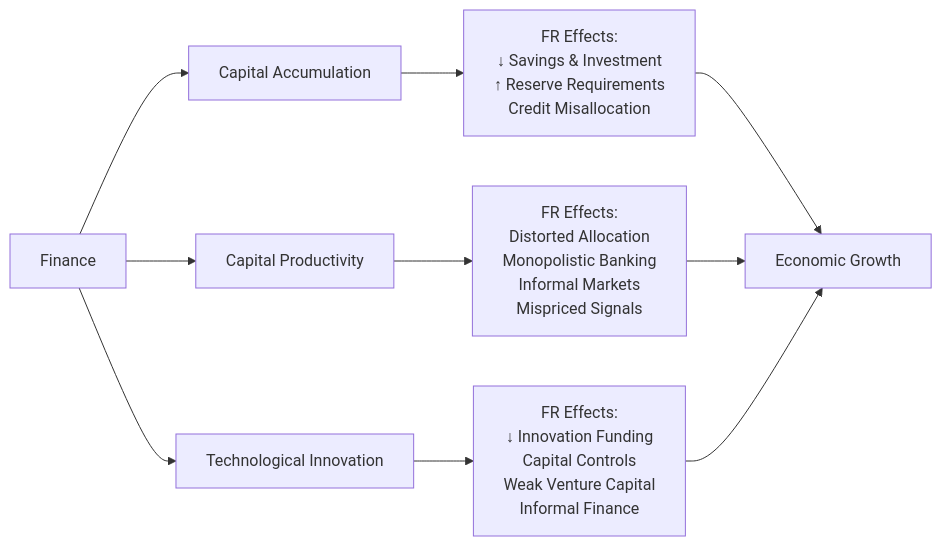
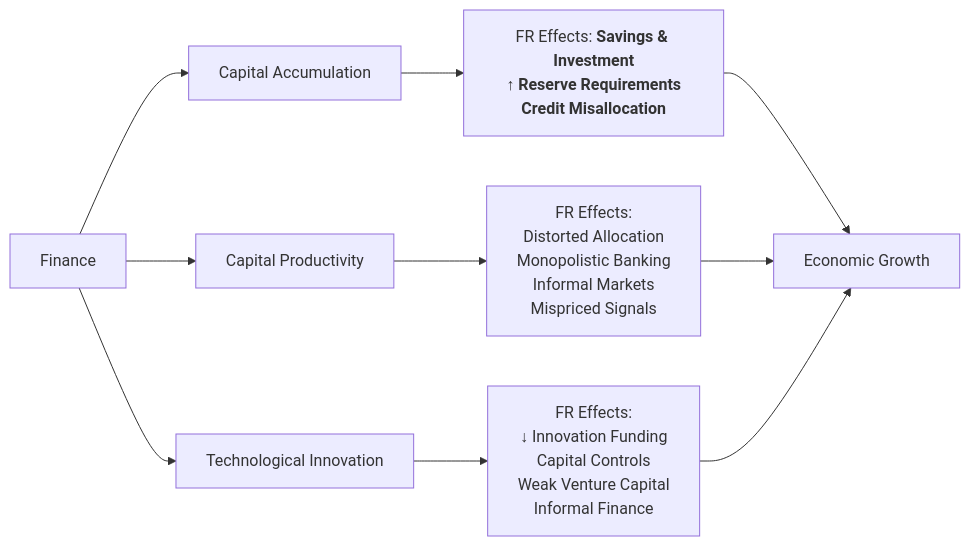
One commit to Aboutorabi/FR-FD-Gr.md changed the diagram in FR-FD&Gr.md. Above: the diagram before and after it, drawn with Mermaid.

````diff
--- a/FR-FD&Gr.md
+++ b/FR-FD&Gr.md
@@ -1,20 +1,20 @@
 ```mermaid
 flowchart LR
     F["Finance"]
 
     %% Channels
     A["Capital Accumulation"]
     B["Capital Productivity"]
     C["Technological Innovation"]
 
     %% FR Effects (multiline, single line per item)
-    A_sub["FR Effects:\n↓ Savings & Investment\n↑ Reserve Requirements\nCredit Misallocation"]
+    A_sub["FR Effects:<b> Savings & Investment\n↑ Reserve Requirements\nCredit Misallocation"]
     B_sub["FR Effects:\nDistorted Allocation\nMonopolistic Banking\nInformal Markets\nMispriced Signals"]
     C_sub["FR Effects:\n↓ Innovation Funding\nCapital Controls\nWeak Venture Capital\nInformal Finance"]
 
     %% Flow connections
     F --> A --> A_sub --> G["Economic Growth"]
     F --> B --> B_sub --> G
     F --> C --> C_sub --> G
 
 ```
````
